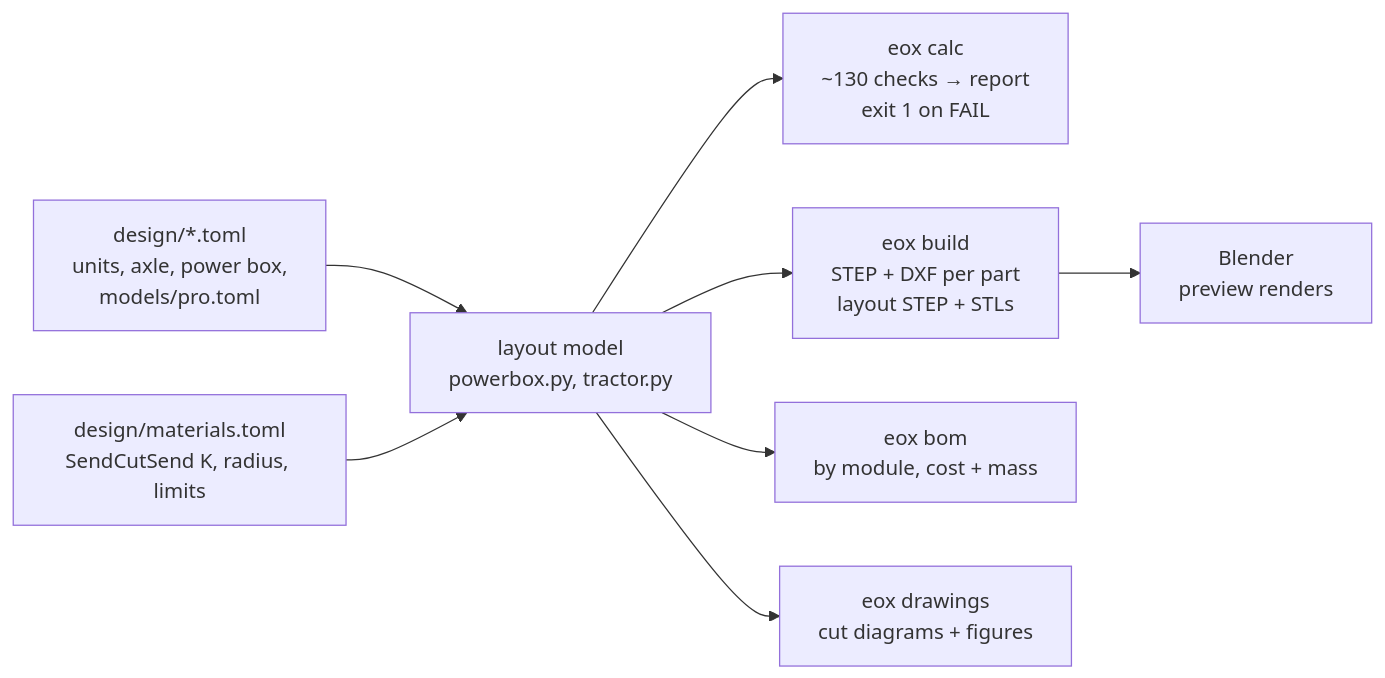
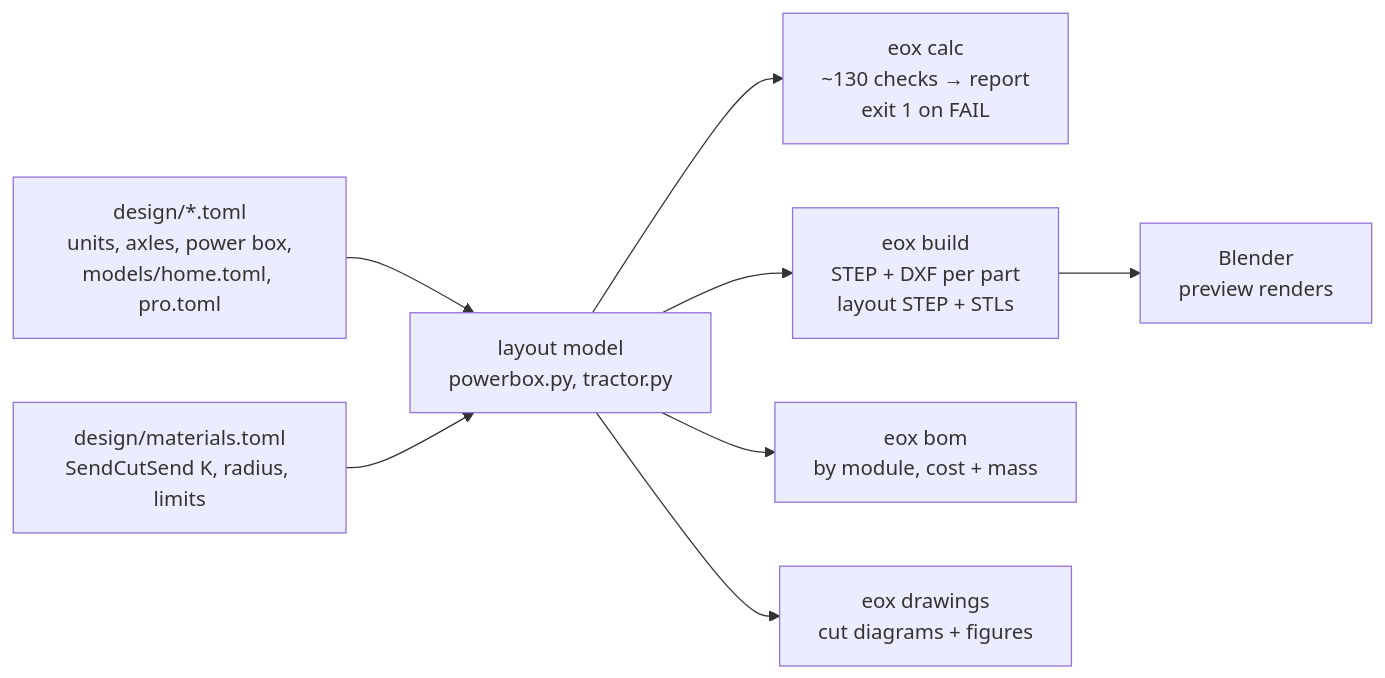
Before and after one commit to zacharyelston/EOx: the third of 3 diagrams in README.md, drawn with Mermaid. The commit also changed other lines of this file and 36 other files, not shown here.

````diff
--- a/README.md
+++ b/README.md
@@ -209,10 +286,10 @@
 ```mermaid
 flowchart LR
-  T["design/*.toml<br/>units, axle, power box,<br/>models/pro.toml"] --> L["layout model<br/>powerbox.py, tractor.py"]
+  T["design/*.toml<br/>units, axles, power box,<br/>models/home.toml, pro.toml"] --> L["layout model<br/>powerbox.py, tractor.py"]
   M["design/materials.toml<br/>SendCutSend K, radius, limits"] --> L
   L --> C["eox calc<br/>~130 checks → report<br/>exit 1 on FAIL"]
   L --> B["eox build<br/>STEP + DXF per part<br/>layout STEP + STLs"]
   L --> O["eox bom<br/>by module, cost + mass"]
   L --> D["eox drawings<br/>cut diagrams + figures"]
   B --> R["Blender<br/>preview renders"]
 ```
````
